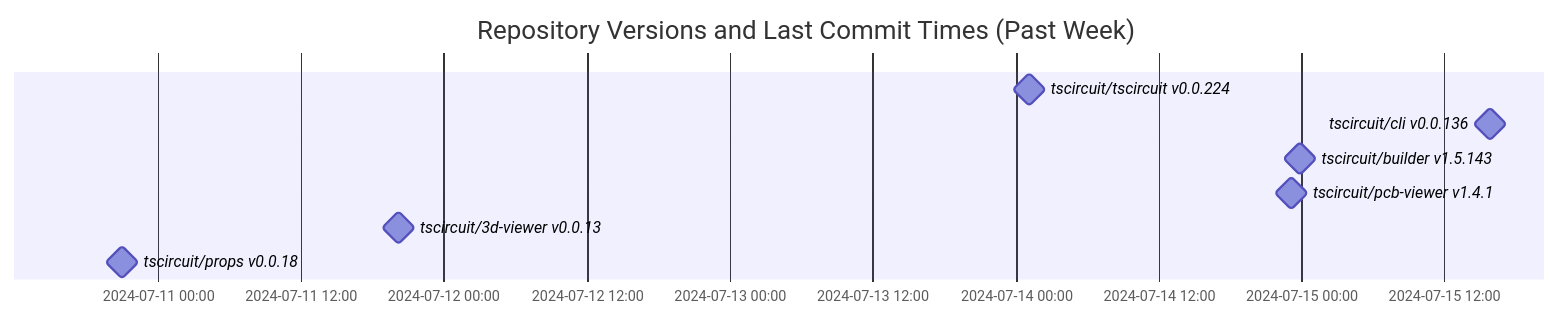
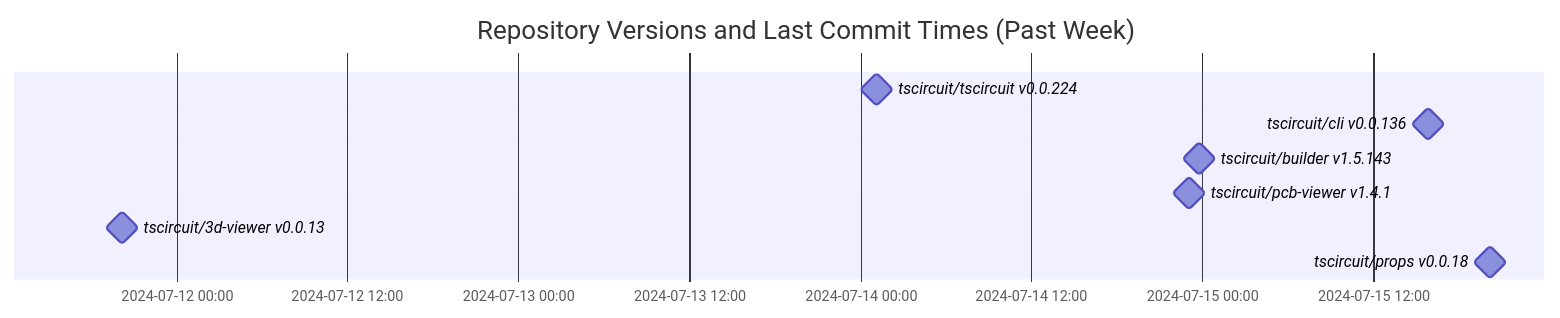
One commit to tscircuit/version-tracker changed the diagram in README.md. Above: the diagram before and after it, drawn with Mermaid.

Commit message:
Update chart

````diff
--- a/README.md
+++ b/README.md
@@ -1,13 +1,13 @@
 ```mermaid
 gantt
   dateFormat  YYYY-MM-DD HH:mm:ss
   title Repository Versions and Last Commit Times (Past Week)
   axisFormat %Y-%m-%d %H:%M
 
   tscircuit/tscircuit v0.0.224 : milestone, 2024-07-14 01:11:10, 1s
   tscircuit/cli v0.0.136 : milestone, 2024-07-15 15:48:32, 1s
   tscircuit/builder v1.5.143 : milestone, 2024-07-14 23:49:38, 1s
   tscircuit/pcb-viewer v1.4.1 : milestone, 2024-07-14 23:05:20, 1s
   tscircuit/3d-viewer v0.0.13 : milestone, 2024-07-11 20:12:35, 1s
-  tscircuit/props v0.0.18 : milestone, 2024-07-10 20:59:29, 1s
+  tscircuit/props v0.0.18 : milestone, 2024-07-15 20:11:45, 1s
 ```
````
